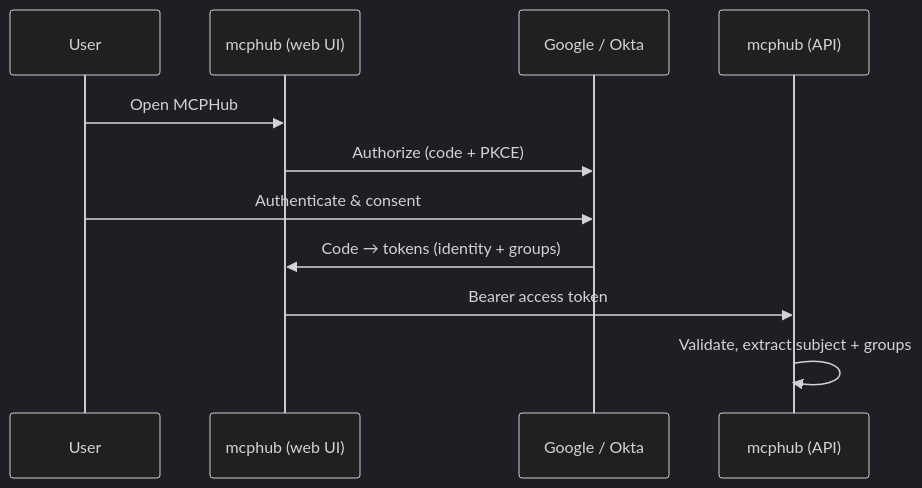
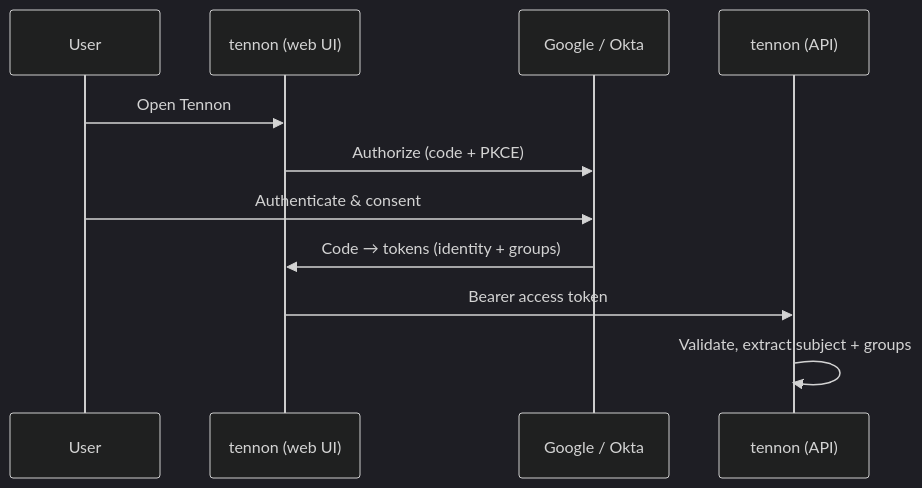
The diagram in docs/08-authentication.md (yurifrl/tennon), drawn with Mermaid (dark theme) before and after one commit. The commit also changed other lines of this file and 77 other files, not shown here.

````diff
--- a/docs/08-authentication.md
+++ b/docs/08-authentication.md
@@ -11,13 +11,13 @@
 ```mermaid
 sequenceDiagram
   participant User
-  participant Web as mcphub (web UI)
+  participant Web as tennon (web UI)
   participant IdP as Google / Okta
-  participant API as mcphub (API)
-  User->>Web: Open MCPHub
+  participant API as tennon (API)
+  User->>Web: Open Tennon
   Web->>IdP: Authorize (code + PKCE)
   User->>IdP: Authenticate & consent
   IdP->>Web: Code → tokens (identity + groups)
   Web->>API: Bearer access token
   API->>API: Validate, extract subject + groups
 ```
````
